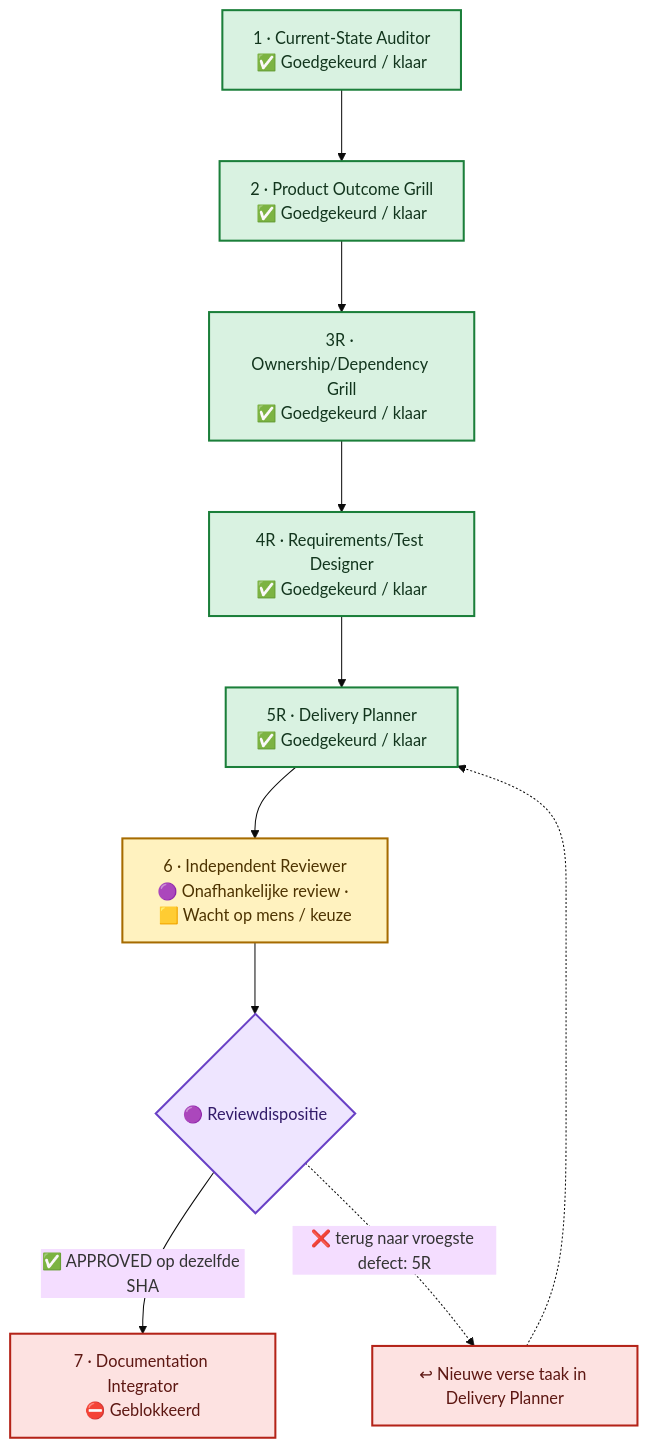
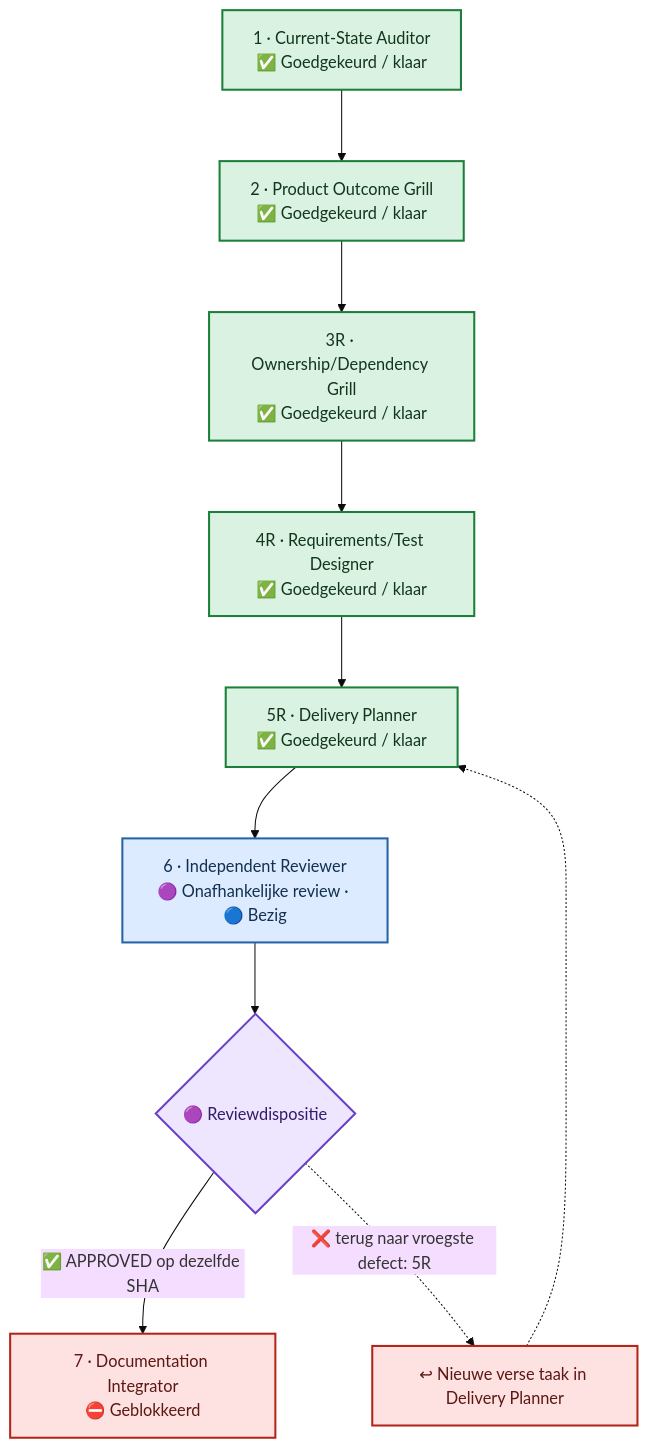
One commit to Jandesch91/n1-bioforge-requirements-cockpit changed the first of 2 diagrams in README.md. Above: the diagram before and after it, drawn with Mermaid (base theme). The commit also changed other lines of this file and 4 other files, not shown here.

Commit message:
chore(cockpit): resume fresh Phase 6R7 review

````diff
--- a/README.md
+++ b/README.md
@@ -19,34 +19,34 @@
 ```mermaid
 %%{init: {"flowchart": {"curve": "basis", "nodeSpacing": 60, "rankSpacing": 70, "htmlLabels": true}}}%%
 flowchart TB
     %% A vertical main lane prevents crossing arrows. The review return uses one side lane.
     phase_1["1 · Current-State Auditor<br/>✅ Goedgekeurd / klaar"]
     phase_2["2 · Product Outcome Grill<br/>✅ Goedgekeurd / klaar"]
     phase_3r["3R · Ownership/Dependency Grill<br/>✅ Goedgekeurd / klaar"]
     phase_4r["4R · Requirements/Test Designer<br/>✅ Goedgekeurd / klaar"]
     phase_5r["5R · Delivery Planner<br/>✅ Goedgekeurd / klaar"]
-    phase_6["6 · Independent Reviewer<br/>🟣 Onafhankelijke review · 🟨 Wacht op mens / keuze"]
+    phase_6["6 · Independent Reviewer<br/>🟣 Onafhankelijke review · 🔵 Bezig"]
     phase_7["7 · Documentation Integrator<br/>⛔ Geblokkeerd"]
     phase_1 --> phase_2 --> phase_3r --> phase_4r --> phase_5r --> phase_6
     review_decision{"🟣 Reviewdispositie"}
     phase_6 --> review_decision
     review_decision -->|"✅ APPROVED op dezelfde SHA"| phase_7
     review_decision -.->|"❌ terug naar vroegste defect: 5R"| return_lane["↩ Nieuwe verse taak in Delivery Planner"]
     return_lane -.-> phase_5r
     classDef approved fill:#D9F2E1,stroke:#1B7F3A,color:#12351D,stroke-width:2px
     classDef inprogress fill:#DCEBFF,stroke:#2463A6,color:#12304F,stroke-width:2px
     classDef human fill:#FFF2BF,stroke:#A66B00,color:#4D3300,stroke-width:2px
     classDef changes fill:#FDE2E1,stroke:#B42318,color:#5D1712,stroke-width:2px
     classDef blocked fill:#FDE2E1,stroke:#B42318,color:#5D1712,stroke-width:2px
     classDef notstarted fill:#F2F4F7,stroke:#667085,color:#344054,stroke-width:2px
     classDef review fill:#EEE5FF,stroke:#6941C6,color:#321B69,stroke-width:2px
     class phase_1 approved
     class phase_2 approved
     class phase_3r approved
     class phase_4r approved
     class phase_5r approved
-    class phase_6 human
+    class phase_6 inprogress
     class phase_7 blocked
     class return_lane blocked
     class review_decision review
 ```
````
